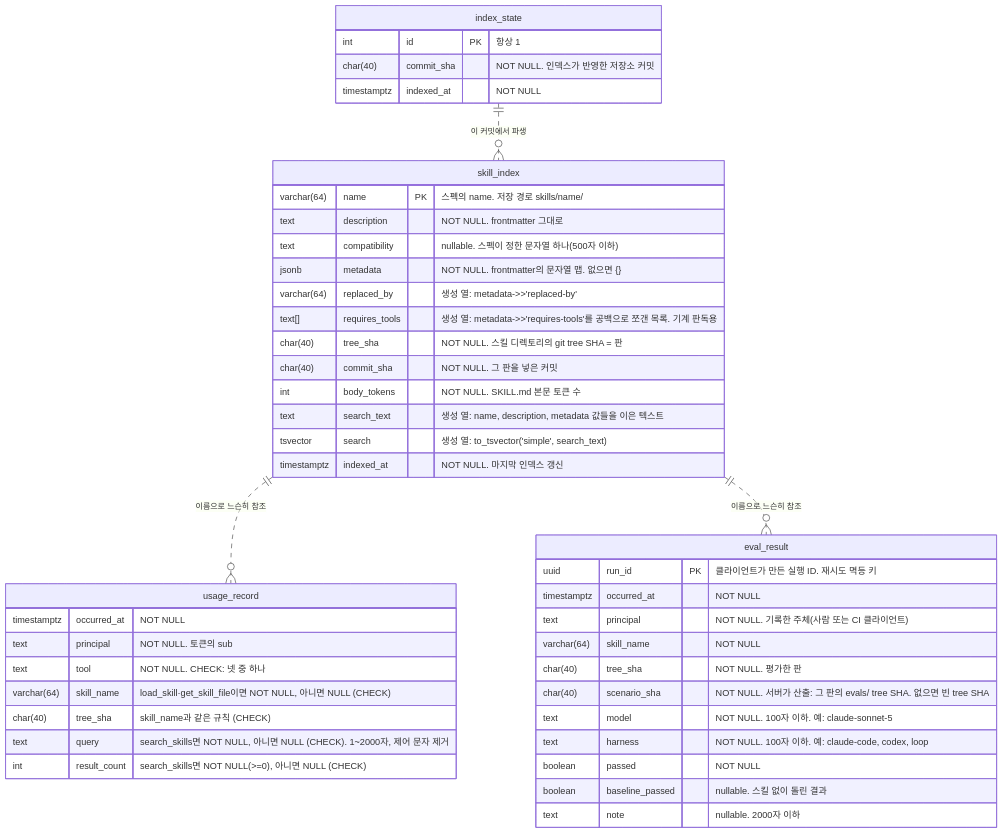
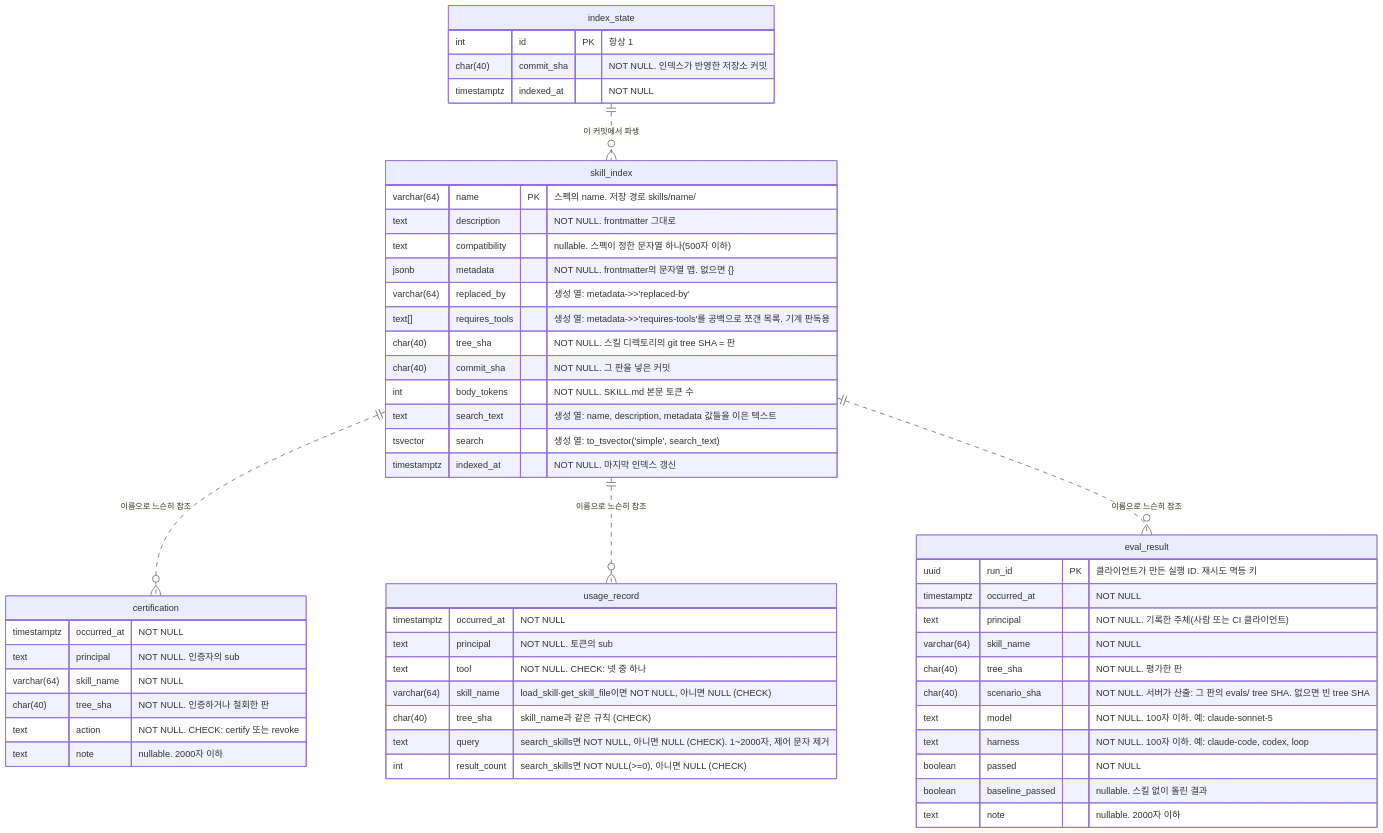
The third of 3 diagrams in DESIGN.md (alteralab/harness-catalog), drawn with Mermaid before and after one commit. The commit also changed other lines of this file and 4 other files, not shown here.

First line of the commit message:
design: 인증된 판 — certify_skill·certification 표·인증자 그룹 (사용자 결정, Snowflake certify 선례)

````diff
--- a/DESIGN.md
+++ b/DESIGN.md
@@ -216,47 +217,56 @@
 ```mermaid
 erDiagram
     skill_index {
         varchar(64) name PK "스펙의 name. 저장 경로 skills/name/"
         text description "NOT NULL. frontmatter 그대로"
         text compatibility "nullable. 스펙이 정한 문자열 하나(500자 이하)"
         jsonb metadata "NOT NULL. frontmatter의 문자열 맵. 없으면 {}"
         varchar(64) replaced_by "생성 열: metadata->>'replaced-by'"
         text[] requires_tools "생성 열: metadata->>'requires-tools'를 공백으로 쪼갠 목록. 기계 판독용"
         char(40) tree_sha "NOT NULL. 스킬 디렉토리의 git tree SHA = 판"
         char(40) commit_sha "NOT NULL. 그 판을 넣은 커밋"
         int body_tokens "NOT NULL. SKILL.md 본문 토큰 수"
         text search_text "생성 열: name, description, metadata 값들을 이은 텍스트"
         tsvector search "생성 열: to_tsvector('simple', search_text)"
         timestamptz indexed_at "NOT NULL. 마지막 인덱스 갱신"
     }
     usage_record {
         timestamptz occurred_at "NOT NULL"
         text principal "NOT NULL. 토큰의 sub"
         text tool "NOT NULL. CHECK: 넷 중 하나"
         varchar(64) skill_name "load_skill·get_skill_file이면 NOT NULL, 아니면 NULL (CHECK)"
         char(40) tree_sha "skill_name과 같은 규칙 (CHECK)"
         text query "search_skills면 NOT NULL, 아니면 NULL (CHECK). 1~2000자, 제어 문자 제거"
         int result_count "search_skills면 NOT NULL(>=0), 아니면 NULL (CHECK)"
     }
     index_state {
         int id PK "항상 1"
         char(40) commit_sha "NOT NULL. 인덱스가 반영한 저장소 커밋"
         timestamptz indexed_at "NOT NULL"
     }
     eval_result {
         uuid run_id PK "클라이언트가 만든 실행 ID. 재시도 멱등 키"
         timestamptz occurred_at "NOT NULL"
         text principal "NOT NULL. 기록한 주체(사람 또는 CI 클라이언트)"
         varchar(64) skill_name "NOT NULL"
         char(40) tree_sha "NOT NULL. 평가한 판"
         char(40) scenario_sha "NOT NULL. 서버가 산출: 그 판의 evals/ tree SHA. 없으면 빈 tree SHA"
         text model "NOT NULL. 100자 이하. 예: claude-sonnet-5"
         text harness "NOT NULL. 100자 이하. 예: claude-code, codex, loop"
         boolean passed "NOT NULL"
         boolean baseline_passed "nullable. 스킬 없이 돌린 결과"
         text note "nullable. 2000자 이하"
     }
+    certification {
+        timestamptz occurred_at "NOT NULL"
+        text principal "NOT NULL. 인증자의 sub"
+        varchar(64) skill_name "NOT NULL"
+        char(40) tree_sha "NOT NULL. 인증하거나 철회한 판"
+        text action "NOT NULL. CHECK: certify 또는 revoke"
+        text note "nullable. 2000자 이하"
+    }
+    skill_index ||..o{ certification : "이름으로 느슨히 참조"
     skill_index ||..o{ usage_record : "이름으로 느슨히 참조"
     skill_index ||..o{ eval_result : "이름으로 느슨히 참조"
     index_state ||..o{ skill_index : "이 커밋에서 파생"
 ```
````
